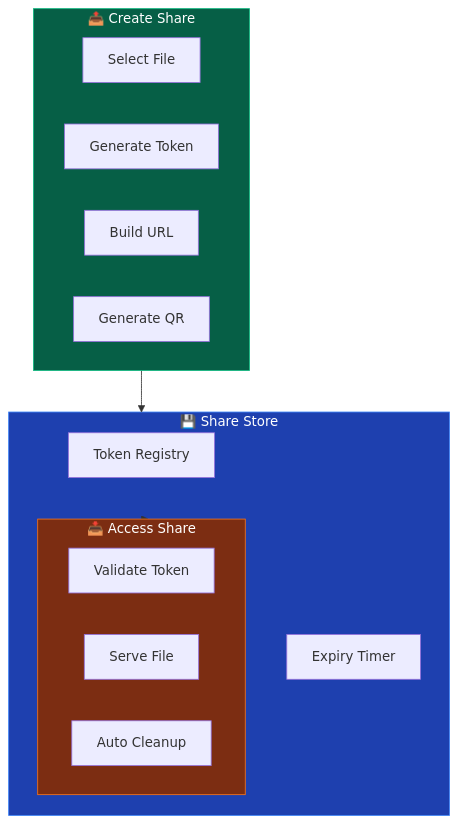
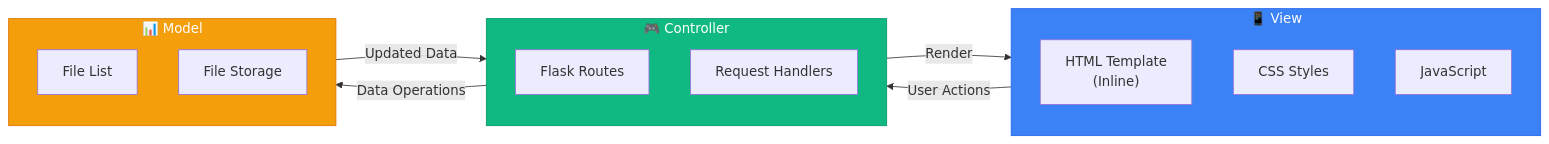
One commit to hetcharusat/sharejadpi changed the third of 16 diagrams in SGP_phase1/docs/architecture.md. Above: the diagram before and after it, drawn with Mermaid. The commit also changed other lines of this file and 1 other file, not shown here.

Commit message:
docs: comprehensive architecture with design patterns, workflows, and diagrams

````diff
--- a/SGP_phase1/docs/architecture.md
+++ b/SGP_phase1/docs/architecture.md
@@ -215,28 +170,27 @@
 ```mermaid
-flowchart TB
-    subgraph Create["📤 Create Share"]
-        File["Select File"]
-        Token["Generate Token"]
-        URL["Build URL"]
-        QR["Generate QR"]
+graph LR
+    subgraph View["📱 View"]
+        HTML["HTML Template<br/>(Inline)"]
+        CSS["CSS Styles"]
+        JS["JavaScript"]
     end
     
-    subgraph Store["💾 Share Store"]
-        TokenDB["Token Registry"]
-        Expiry["Expiry Timer"]
-        Access["Access Log"]
+    subgraph Controller["🎮 Controller"]
+        Routes["Flask Routes"]
+        Handlers["Request Handlers"]
     end
     
-    subgraph Access["📥 Access Share"]
-        Validate["Validate Token"]
-        Serve["Serve File"]
-        Cleanup["Auto Cleanup"]
+    subgraph Model["📊 Model"]
+        Files["File List"]
+        Storage["File Storage"]
     end
     
-    Create --> Store
-    Store --> Access
+    View -->|User Actions| Controller
+    Controller -->|Data Operations| Model
+    Model -->|Updated Data| Controller
+    Controller -->|Render| View
     
-    style Create fill:#065f46,stroke:#10b981,color:#fff
-    style Store fill:#1e40af,stroke:#3b82f6,color:#fff
-    style Access fill:#7c2d12,stroke:#f97316,color:#fff
+    style View fill:#3b82f6,stroke:#2563eb,color:#fff
+    style Controller fill:#10b981,stroke:#059669,color:#fff
+    style Model fill:#f59e0b,stroke:#d97706,color:#fff
 ```
````
